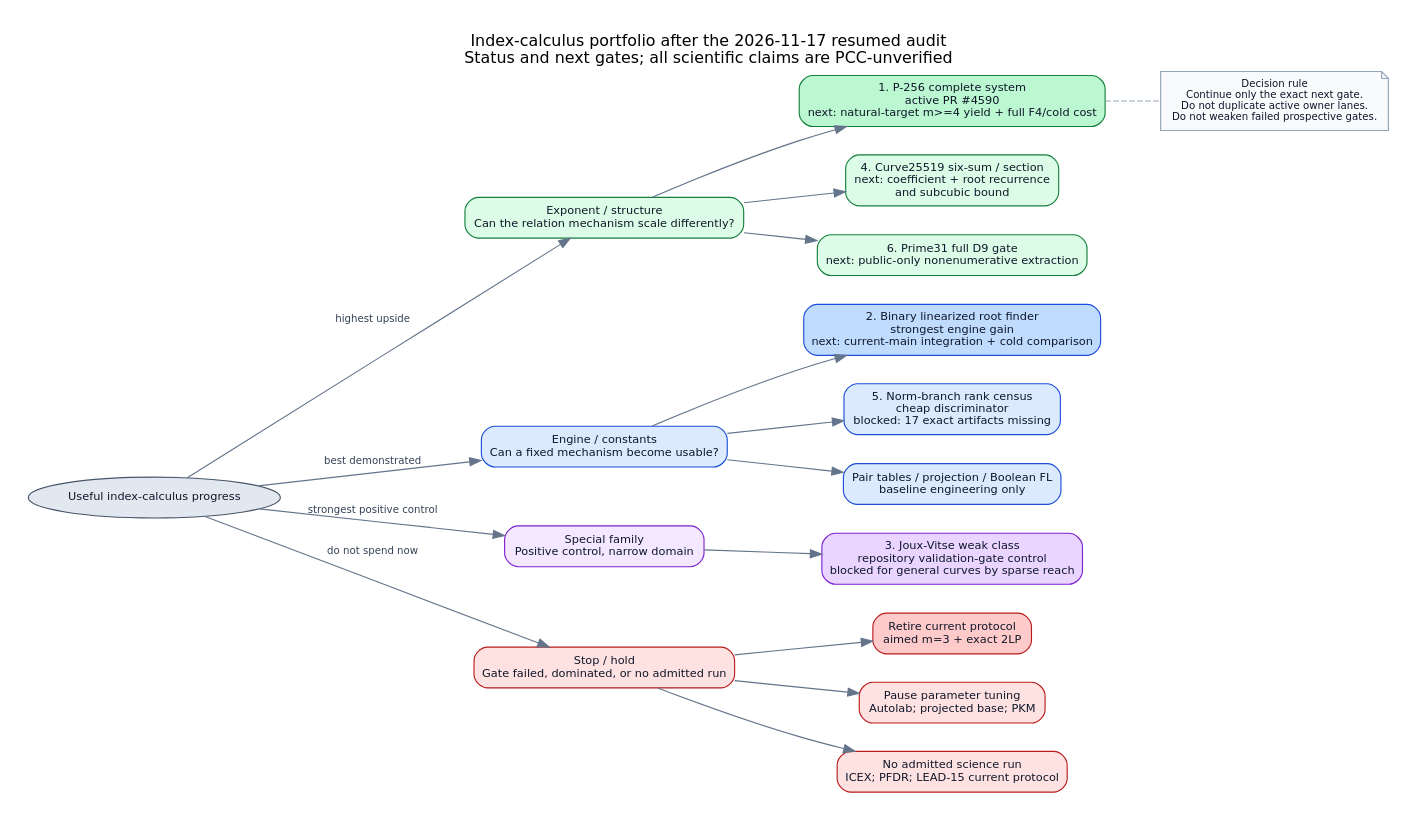
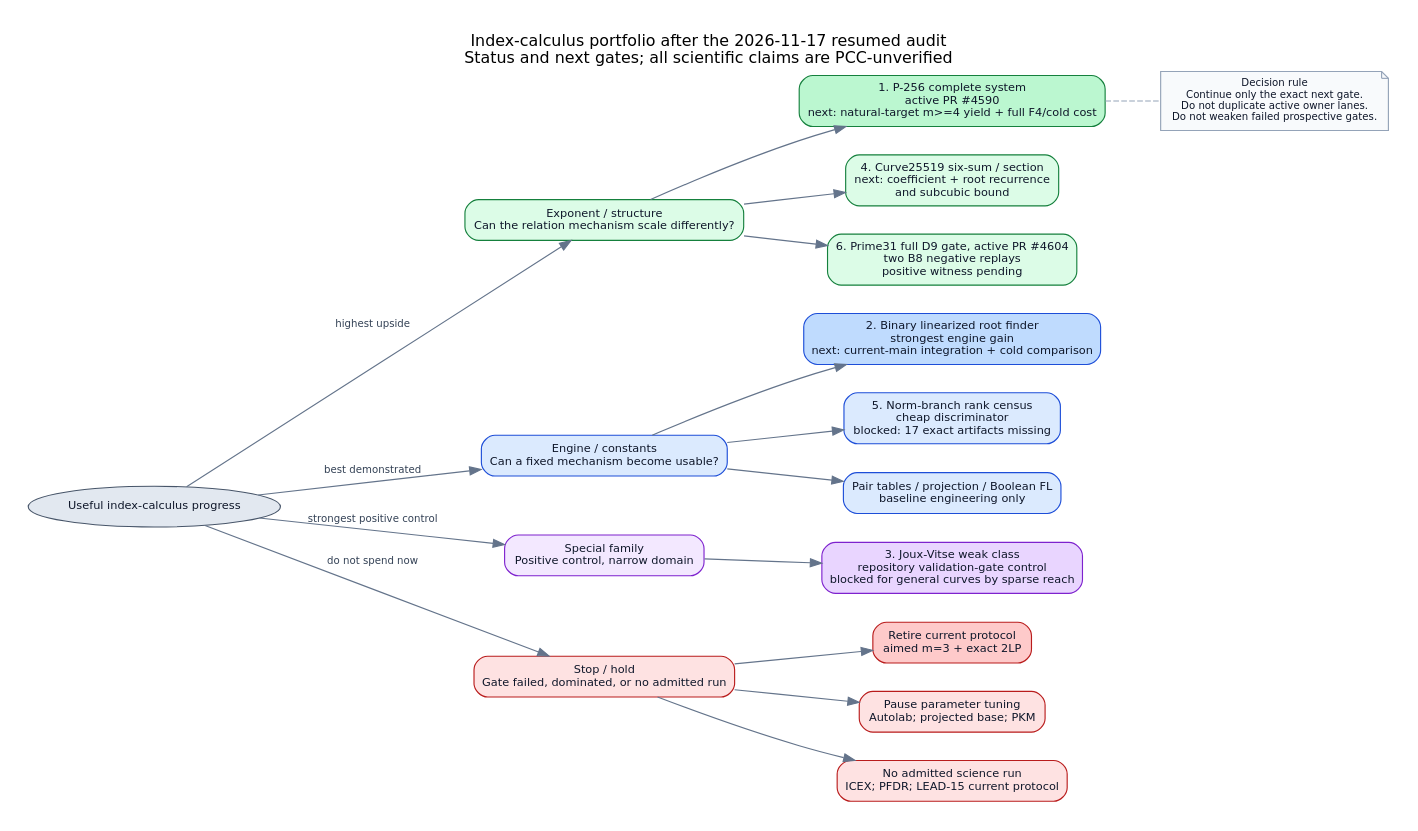
Before and after one commit to isogeny-labs/crypto: the diagram in docs/leads/2026-11-17/index-calculus-portfolio-resume/portfolio.dot, drawn with Graphviz. The commit also changed 6 other files, not shown here.

```diff
--- a/docs/leads/2026-11-17/index-calculus-portfolio-resume/portfolio.dot
+++ b/docs/leads/2026-11-17/index-calculus-portfolio-resume/portfolio.dot
@@ -1,62 +1,62 @@
 digraph portfolio {
   graph [rankdir=LR, bgcolor="white", pad="0.25", nodesep="0.35", ranksep="0.65",
          fontname="DejaVu Sans", labelloc="t",
          label="Index-calculus portfolio after the 2026-11-17 resumed audit\nStatus and next gates; all scientific claims are PCC-unverified"];
   node [shape=box, style="rounded,filled", fontname="DejaVu Sans", fontsize=10,
         color="#475569", fontcolor="#0f172a", margin="0.14,0.09"];
   edge [fontname="DejaVu Sans", fontsize=9, color="#64748b", fontcolor="#334155"];
 
   goal [shape=oval, fillcolor="#e2e8f0", label="Useful index-calculus progress"];
 
   structural [fillcolor="#dcfce7", color="#15803d",
               label="Exponent / structure\nCan the relation mechanism scale differently?"];
   engine [fillcolor="#dbeafe", color="#1d4ed8",
           label="Engine / constants\nCan a fixed mechanism become usable?"];
   special [fillcolor="#f3e8ff", color="#7e22ce",
            label="Special family\nPositive control, narrow domain"];
   hold [fillcolor="#fee2e2", color="#b91c1c",
         label="Stop / hold\nGate failed, dominated, or no admitted run"];
 
   goal -> structural [label="highest upside"];
   goal -> engine [label="best demonstrated"];
   goal -> special [label="strongest positive control"];
   goal -> hold [label="do not spend now"];
 
   p256 [fillcolor="#bbf7d0", color="#15803d",
         label="1. P-256 complete system\nactive PR #4590\nnext: natural-target m>=4 yield + full F4/cold cost"];
   c255 [fillcolor="#dcfce7", color="#15803d",
         label="4. Curve25519 six-sum / section\nnext: coefficient + root recurrence\nand subcubic bound"];
   p31 [fillcolor="#dcfce7", color="#15803d",
-       label="6. Prime31 full D9 gate\nnext: public-only nonenumerative extraction"];
+       label="6. Prime31 full D9 gate, active PR #4604\ntwo B8 negative replays\npositive witness pending"];
   structural -> p256;
   structural -> c255;
   structural -> p31;
 
   lrf [fillcolor="#bfdbfe", color="#1d4ed8",
        label="2. Binary linearized root finder\nstrongest engine gain\nnext: current-main integration + cold comparison"];
   norm [fillcolor="#dbeafe", color="#1d4ed8",
         label="5. Norm-branch rank census\ncheap discriminator\nblocked: 17 exact artifacts missing"];
   baseline [fillcolor="#dbeafe", color="#1d4ed8",
             label="Pair tables / projection / Boolean FL\nbaseline engineering only"];
   engine -> lrf;
   engine -> norm;
   engine -> baseline;
 
   jv [fillcolor="#e9d5ff", color="#7e22ce",
       label="3. Joux-Vitse weak class\nrepository validation-gate control\nblocked for general curves by sparse reach"];
   special -> jv;
 
   retired [fillcolor="#fecaca", color="#b91c1c",
            label="Retire current protocol\naimed m=3 + exact 2LP"];
   paused [fillcolor="#fee2e2", color="#b91c1c",
           label="Pause parameter tuning\nAutolab; projected base; PKM"];
   admin [fillcolor="#fee2e2", color="#b91c1c",
          label="No admitted science run\nICEX; PFDR; LEAD-15 current protocol"];
   hold -> retired;
   hold -> paused;
   hold -> admin;
 
   legend [shape=note, fillcolor="#f8fafc", color="#94a3b8", fontsize=9,
           label="Decision rule\nContinue only the exact next gate.\nDo not duplicate active owner lanes.\nDo not weaken failed prospective gates."];
   p256 -> legend [style=dashed, arrowhead=none, color="#94a3b8"];
 }
```
